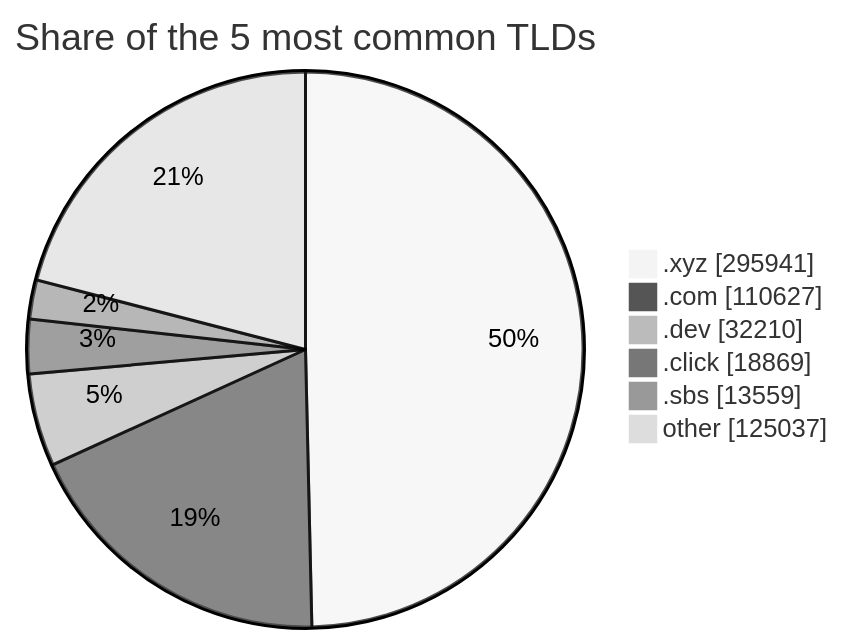
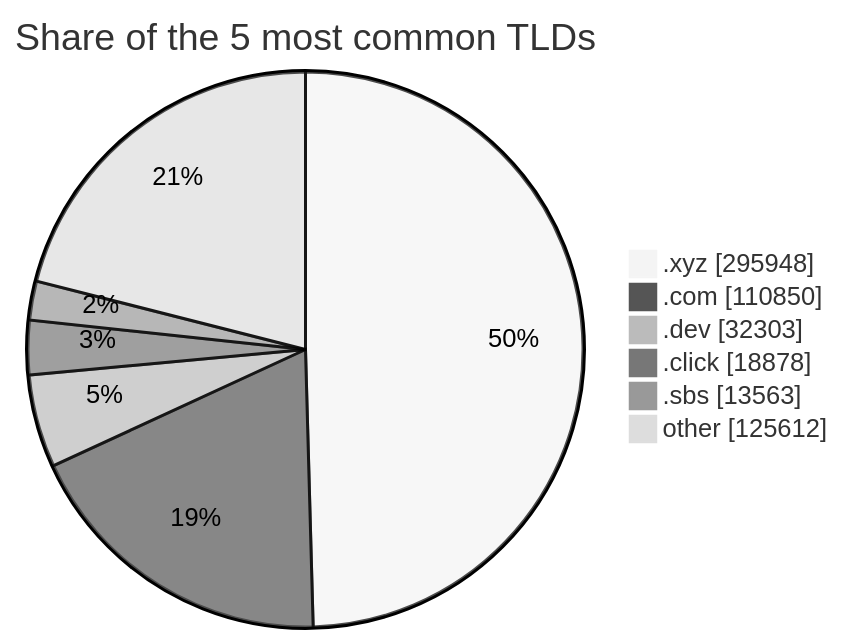
One commit to DNSBunker/CTI changed the third of 3 diagrams in README.md. Above: the diagram before and after it, drawn with Mermaid (neutral theme). The commit also changed other lines of this file and 3 other files, not shown here.

````diff
--- a/README.md
+++ b/README.md
@@ -81,9 +81,9 @@
 ```mermaid
 pie showData title Share of the 5 most common TLDs
-    ".xyz" : 295941
-    ".com" : 110627
-    ".dev" : 32210
-    ".click" : 18869
-    ".sbs" : 13559
-    "other" : 125037
+    ".xyz" : 295948
+    ".com" : 110850
+    ".dev" : 32303
+    ".click" : 18878
+    ".sbs" : 13563
+    "other" : 125612
 ```
````
